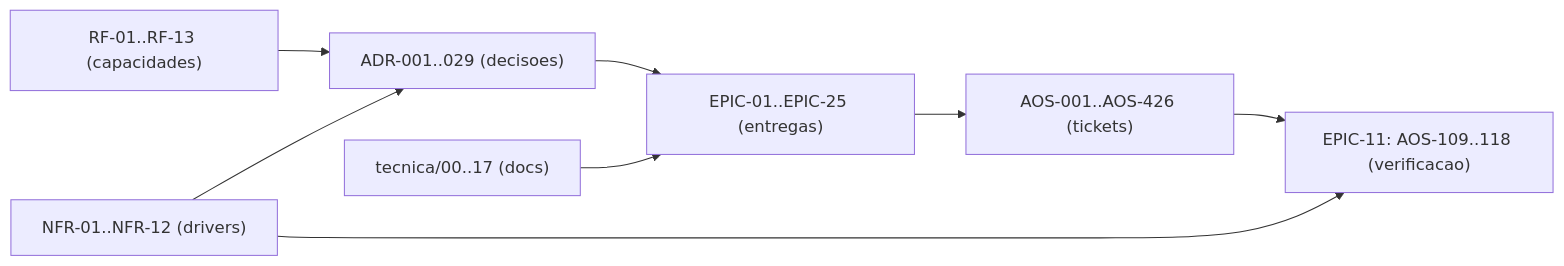
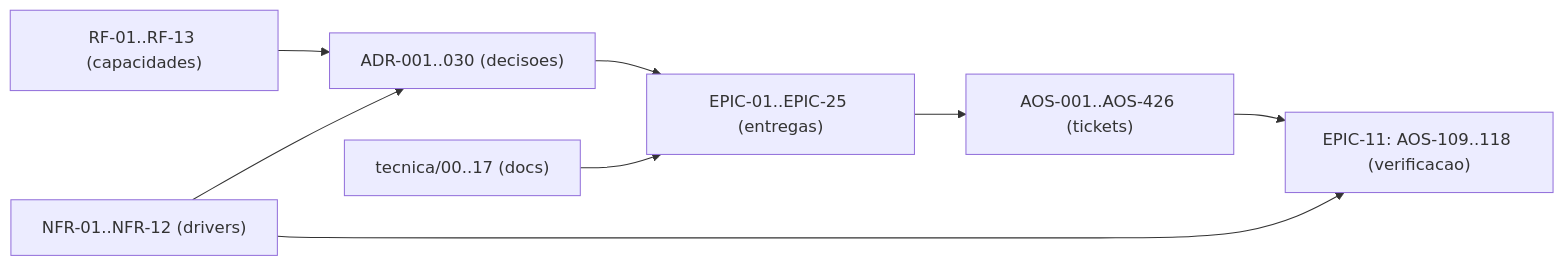
One commit to albinoJimy/aos changed the diagram in tecnica/16_Rastreabilidade_RTM.md. Above: the diagram before and after it, drawn with Mermaid. The commit also changed other lines of this file and 18 other files, not shown here.

````diff
--- a/tecnica/16_Rastreabilidade_RTM.md
+++ b/tecnica/16_Rastreabilidade_RTM.md
@@ -190,10 +190,10 @@
 ```mermaid
 flowchart LR
-    RF["RF-01..RF-13 (capacidades)"] --> ADR["ADR-001..029 (decisoes)"]
+    RF["RF-01..RF-13 (capacidades)"] --> ADR["ADR-001..030 (decisoes)"]
     NFR["NFR-01..NFR-12 (drivers)"] --> ADR
     ADR --> EPIC["EPIC-01..EPIC-25 (entregas)"]
     EPIC --> TICK["AOS-001..AOS-426 (tickets)"]
     DOC["tecnica/00..17 (docs)"] --> EPIC
     TICK --> TEST["EPIC-11: AOS-109..118 (verificacao)"]
     NFR --> TEST
 ```
````
